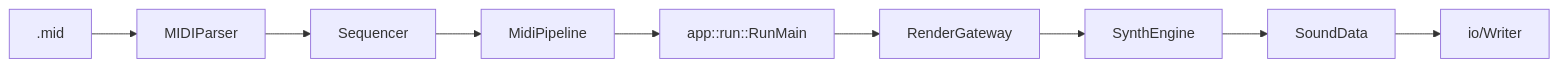
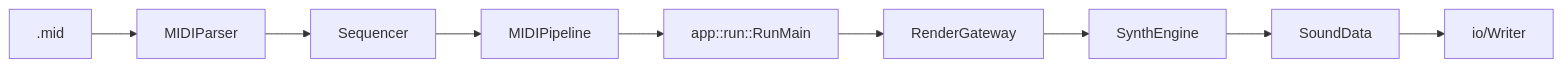
The first of 3 diagrams in F-Synthesizer/docs/architecture/runtime-flow.md (SunagimoOisii/F-Synthesizer), drawn with Mermaid before and after one commit. The commit also changed other lines of this file and 27 other files, not shown here.

````diff
--- a/F-Synthesizer/docs/architecture/runtime-flow.md
+++ b/F-Synthesizer/docs/architecture/runtime-flow.md
@@ -7,14 +7,14 @@
 ```mermaid
 flowchart LR
     MIDI[.mid]
     Parser[MIDIParser]
     Seq[Sequencer]
-    Pipe[MidiPipeline]
+    Pipe[MIDIPipeline]
     App[app::run::RunMain]
     Core[RenderGateway]
     Synth[SynthEngine]
     Buffer[SoundData]
     Writer[io/Writer]
 
     MIDI --> Parser --> Seq --> Pipe --> App --> Core --> Synth --> Buffer --> Writer
 ```
````
